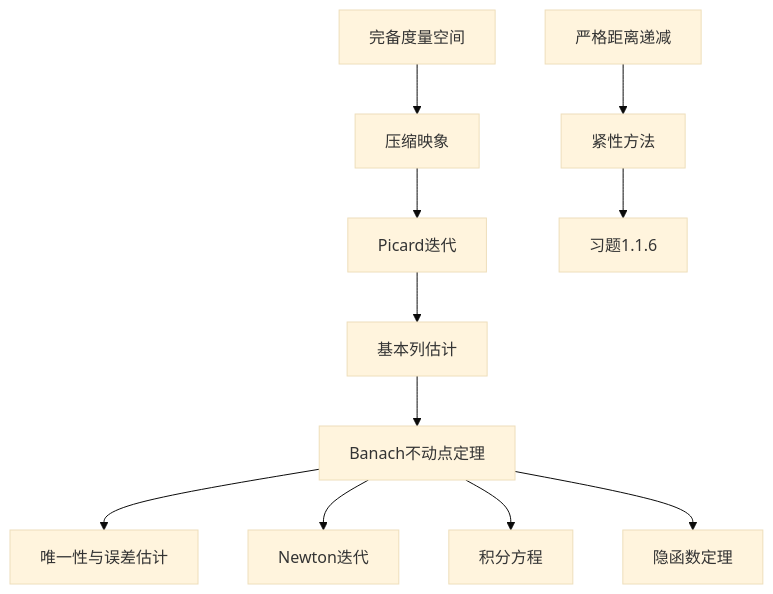
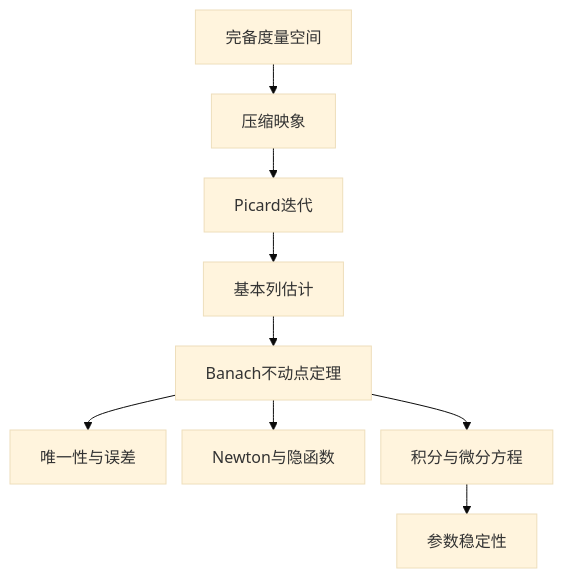
The diagram in 泛函分析/02_压缩映象原理/00_专题总览.md (xsoc1/math-notes), drawn with Mermaid (base theme) before and after one commit. The commit also changed other lines of this file and 60 other files, not shown here.

```diff
--- a/泛函分析/02_压缩映象原理/00_专题总览.md
+++ b/泛函分析/02_压缩映象原理/00_专题总览.md
@@ -29,13 +29,12 @@
 ~~~mermaid
+%%{init: {"flowchart": {"nodeSpacing": 16, "rankSpacing": 30}}}%%
 graph TD
     A[完备度量空间] --> B[压缩映象]
     B --> C[Picard迭代]
     C --> D[基本列估计]
     D --> E[Banach不动点定理]
-    E --> F[唯一性与误差估计]
-    E --> G[Newton迭代]
-    E --> H[积分方程]
-    E --> I[隐函数定理]
-    J[严格距离递减] --> K[紧性方法]
-    K --> L[习题1.1.6]
+    E --> F[唯一性与误差]
+    E --> G[Newton与隐函数]
+    E --> H[积分与微分方程]
+    H --> P[参数稳定性]
 ~~~
```
